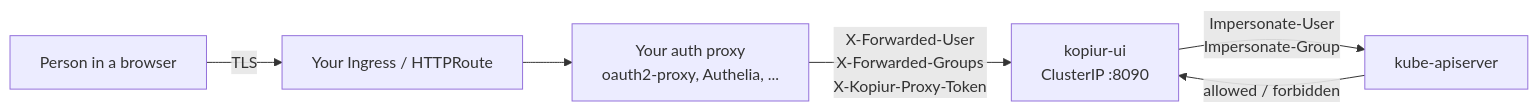
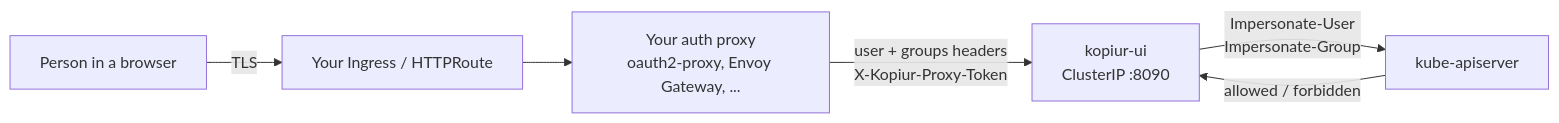
Before and after one commit to home-operations/kopiur: the first of 2 diagrams in docs/ui.md, drawn with Mermaid. The commit also changed other lines of this file and 34 other files, not shown here.

First line of the commit message:
fix(ui): read Envoy Gateway's base64 groups header, and grant roles from values

````diff
--- a/docs/ui.md
+++ b/docs/ui.md
@@ -55,8 +55,8 @@
 ```mermaid
 flowchart LR
   U[Person in a browser] -->|TLS| I[Your Ingress / HTTPRoute]
-  I --> P[Your auth proxy<br/>oauth2-proxy, Authelia, ...]
-  P -->|X-Forwarded-User<br/>X-Forwarded-Groups<br/>X-Kopiur-Proxy-Token| C[kopiur-ui<br/>ClusterIP :8090]
+  I --> P[Your auth proxy<br/>oauth2-proxy, Envoy Gateway, ...]
+  P -->|user + groups headers<br/>X-Kopiur-Proxy-Token| C[kopiur-ui<br/>ClusterIP :8090]
   C -->|Impersonate-User<br/>Impersonate-Group| A[kube-apiserver]
   A -->|allowed / forbidden| C
 ```
````
